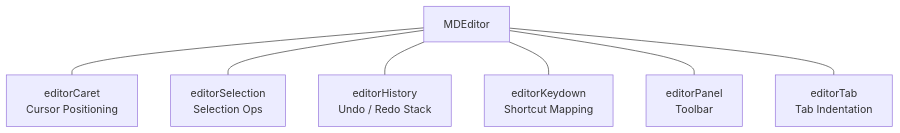
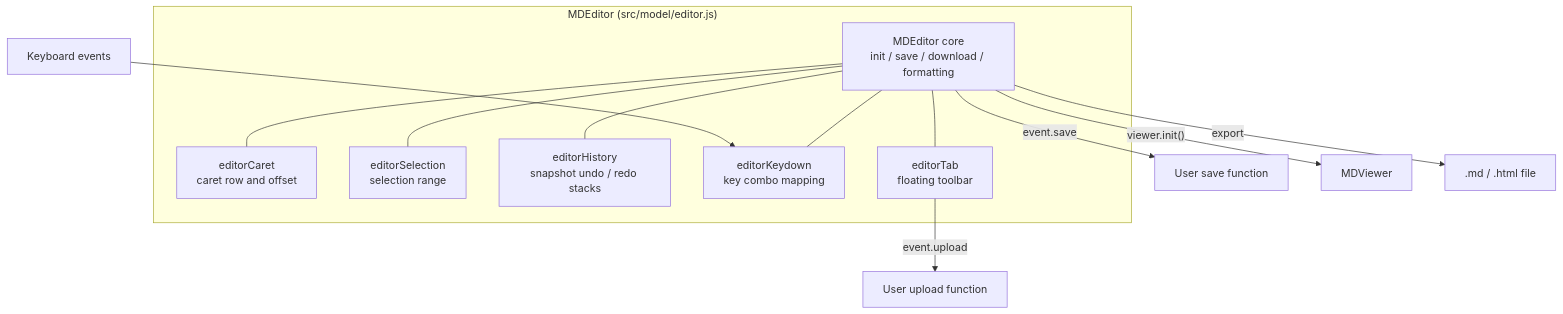
Before and after one commit to pardnchiu/NanoMD: the second of 7 diagrams in doc/architecture.md, drawn with Mermaid. The commit also changed other lines of this file and 8 other files, not shown here.

````diff
--- a/doc/architecture.md
+++ b/doc/architecture.md
@@ -24,9 +28,21 @@
 ```mermaid
 graph TB
-    Editor[MDEditor] --- Caret[editorCaret<br/>Cursor Positioning]
-    Editor --- Selection[editorSelection<br/>Selection Ops]
-    Editor --- History[editorHistory<br/>Undo / Redo Stack]
-    Editor --- Keydown[editorKeydown<br/>Shortcut Mapping]
-    Editor --- Panel[editorPanel<br/>Toolbar]
-    Editor --- Tab[editorTab<br/>Tab Indentation]
+    subgraph MDEditor["MDEditor (src/model/editor.js)"]
+        Core[MDEditor core<br/>init / save / download / formatting]
+        Caret[editorCaret<br/>caret row and offset]
+        Selection[editorSelection<br/>selection range]
+        History[editorHistory<br/>snapshot undo / redo stacks]
+        Keydown[editorKeydown<br/>key combo mapping]
+        Tab[editorTab<br/>floating toolbar]
+        Core --- Caret
+        Core --- Selection
+        Core --- History
+        Core --- Keydown
+        Core --- Tab
+    end
+    Keyboard[Keyboard events] --> Keydown
+    Tab -->|event.upload| Upload[User upload function]
+    Core -->|event.save| Save[User save function]
+    Core -->|"viewer.init()"| Viewer[MDViewer]
+    Core -->|export| File[.md / .html file]
 ```
````
